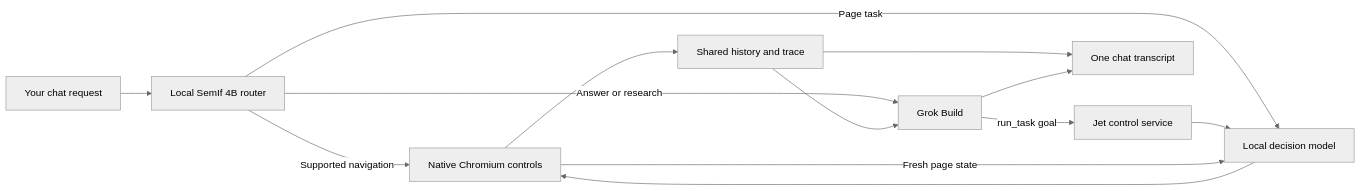
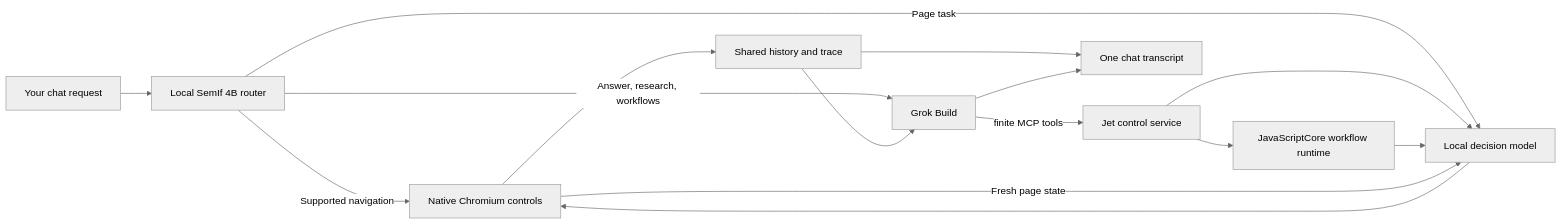
Before and after one commit to SebRincon/jet-browser: the diagram in README.md, drawn with Mermaid (neutral theme). The commit also changed other lines of this file and 327 other files, not shown here.

````diff
--- a/README.md
+++ b/README.md
@@ -40,15 +32,17 @@
 ```mermaid
 flowchart LR
   U[Your chat request] --> R[Local SemIf 4B router]
   R -->|Supported navigation| C[Native Chromium controls]
-  R -->|Page task| L[Selected local decision model]
-  R -->|Answer or research| G[Grok Build]
-  G -->|run_task goal| CP[Jet control service]
-  CP --> L[Local decision model]
+  R -->|Page task| L[Local decision model]
+  R -->|Answer, research, workflows| G[Grok Build]
+  G -->|finite MCP tools| CP[Jet control service]
+  CP --> L
+  CP --> W[JavaScriptCore workflow runtime]
+  W --> L
   L --> C
   C -->|Fresh page state| L
   C --> H[Shared history and trace]
   H --> G
   H --> A[One chat transcript]
   G --> A
 ```
````
